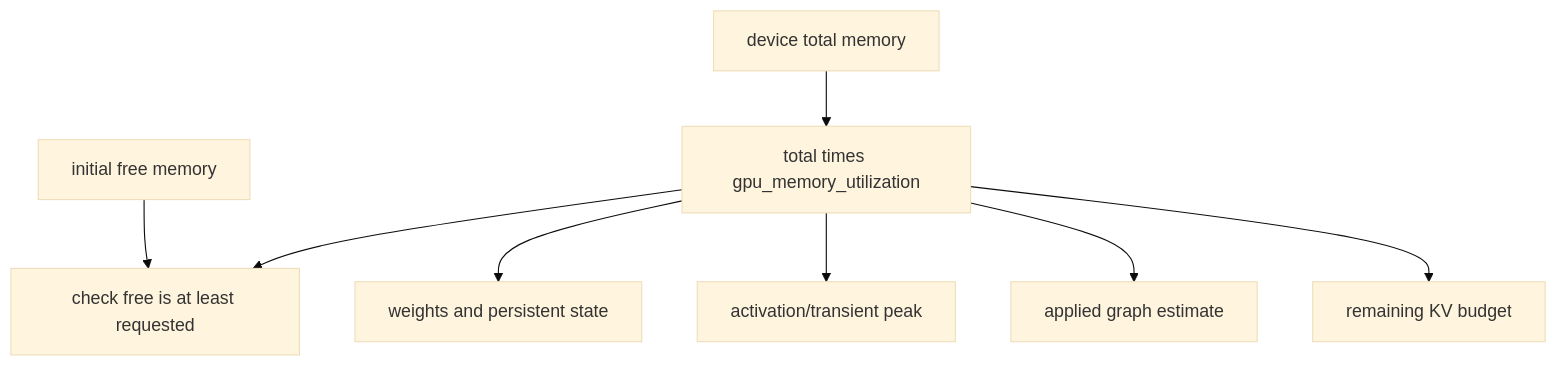
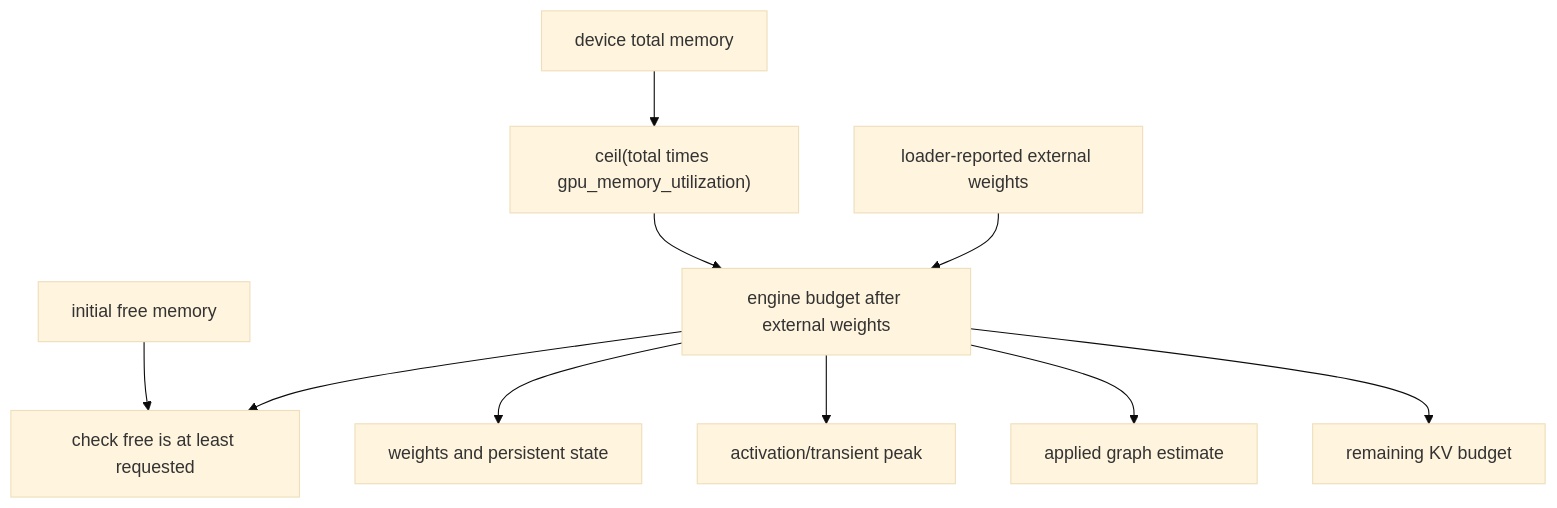
One commit to cluster1900/vllm_reader changed diagram 16 of 41 in book/07-model-execution/README.md. Above: the diagram before and after it, drawn with Mermaid (base theme). The commit also changed other lines of this file and 37 other files, not shown here.

````diff
--- a/book/07-model-execution/README.md
+++ b/book/07-model-execution/README.md
@@ -508,10 +521,12 @@
 ```mermaid
 flowchart TB
-    TOTAL["device total memory"] --> REQ["total times gpu_memory_utilization"]
+    TOTAL["device total memory"] --> UTIL["ceil(total times gpu_memory_utilization)"]
+    UTIL --> REQ["engine budget after external weights"]
+    EXT["loader-reported external weights"] --> REQ
     FREE["initial free memory"] --> CHECK["check free is at least requested"]
     REQ --> CHECK
     REQ --> W["weights and persistent state"]
     REQ --> A["activation/transient peak"]
     REQ --> G["applied graph estimate"]
     REQ --> K["remaining KV budget"]
 ```
````
